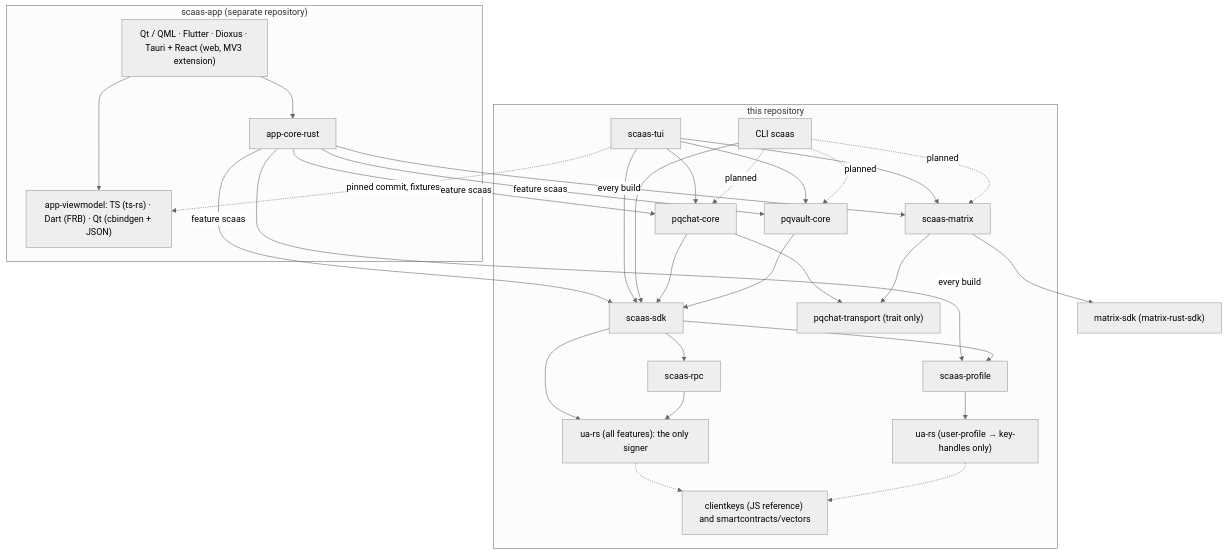
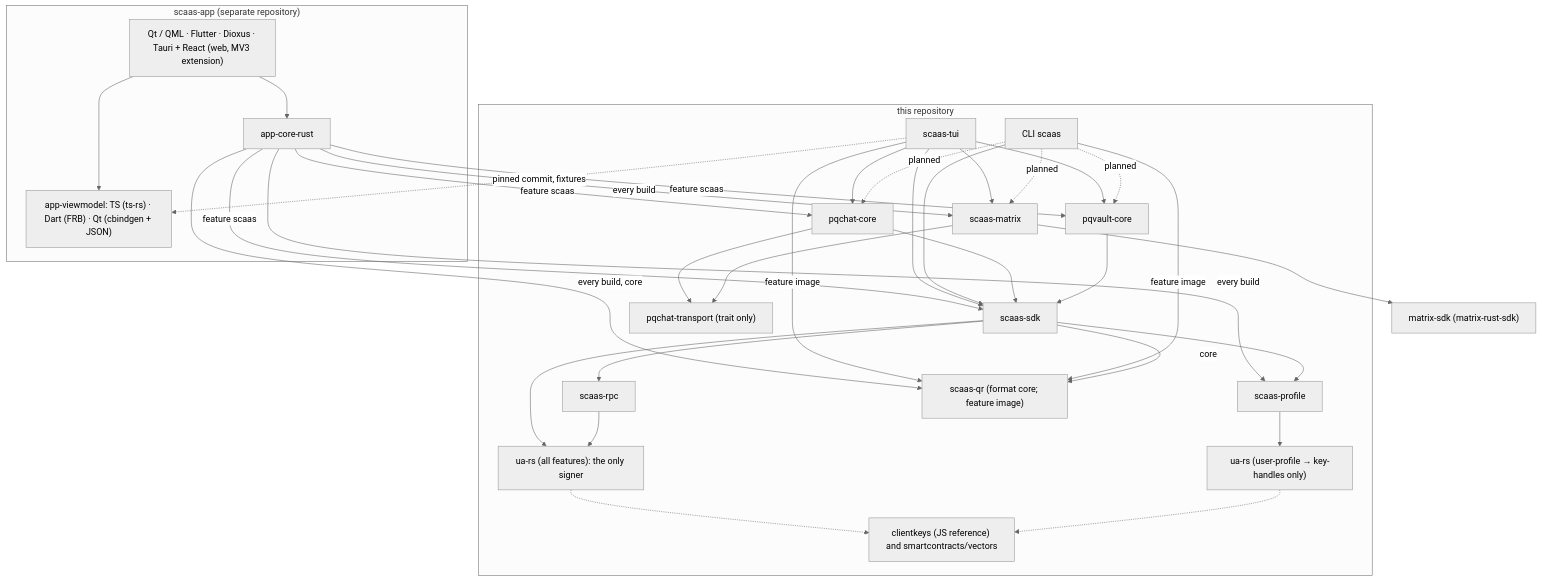
The diagram in docs/clients/stack.md (dinhduongha/scaas), drawn with Mermaid (neutral theme) before and after one commit. The commit also changed other lines of this file and 6 other files, not shown here.

````diff
--- a/docs/clients/stack.md
+++ b/docs/clients/stack.md
@@ -18,50 +19,55 @@
 ```mermaid
 flowchart TB
   subgraph APP["scaas-app (separate repository)"]
     FE["Qt / QML · Flutter · Dioxus · Tauri + React (web, MV3 extension)"]
     VM["app-viewmodel: TS (ts-rs) · Dart (FRB) · Qt (cbindgen + JSON)"]
     ACR["app-core-rust"]
     FE --> VM
     FE --> ACR
   end
   subgraph SC["this repository"]
     TUI["scaas-tui"]
     CLI["CLI scaas"]
     PQC["pqchat-core"]
     PQV["pqvault-core"]
     SDK["scaas-sdk"]
     RPC["scaas-rpc"]
     PROF["scaas-profile"]
+    QR["scaas-qr (format core; feature image)"]
     MX["scaas-matrix"]
     TR["pqchat-transport (trait only)"]
     UAF["ua-rs (all features): the only signer"]
     UAP["ua-rs (user-profile → key-handles only)"]
     CK["clientkeys (JS reference) and smartcontracts/vectors"]
   end
   ACR -->|"every build"| PROF
   ACR -->|"every build"| MX
+  ACR -->|"every build, core"| QR
   ACR -->|"feature scaas"| SDK
   ACR -->|"feature scaas"| PQC
   ACR -->|"feature scaas"| PQV
   TUI --> SDK
   TUI --> PQC
   TUI --> PQV
   TUI --> MX
+  TUI -->|"feature image"| QR
   TUI -.->|"pinned commit, fixtures"| VM
   CLI --> SDK
+  CLI -->|"feature image"| QR
   CLI -.->|"planned"| PQC
   CLI -.->|"planned"| PQV
   CLI -.->|"planned"| MX
   PQC --> SDK
   PQC --> TR
   PQV --> SDK
   MX --> TR
   MX --> MSDK["matrix-sdk (matrix-rust-sdk)"]
   SDK --> PROF
+  SDK -->|"core"| QR
   SDK --> RPC
   SDK --> UAF
   RPC --> UAF
   PROF --> UAP
   UAF -.-> CK
   UAP -.-> CK
 ```
````
